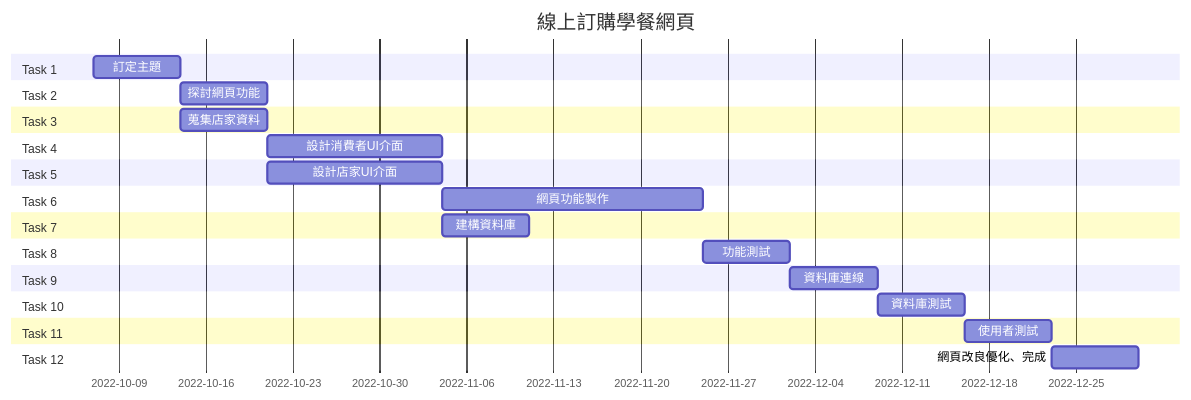
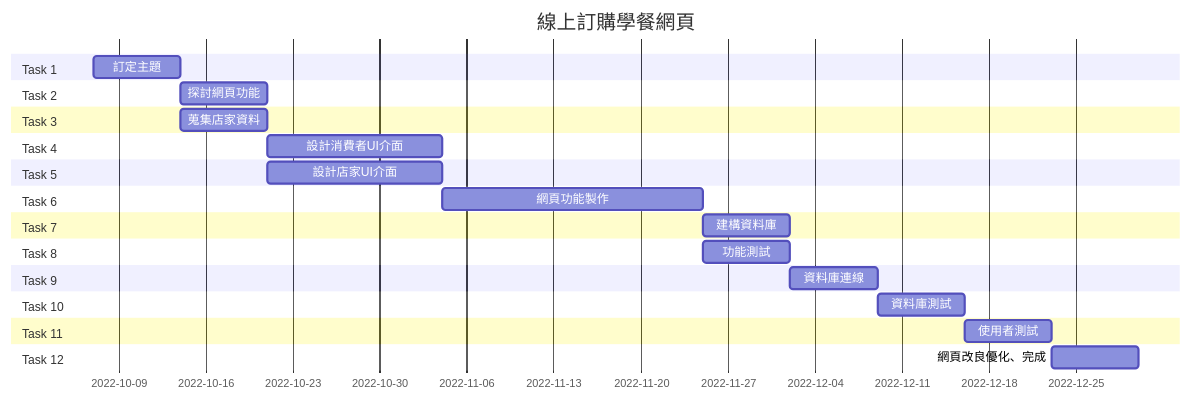
The diagram in hw2_20221010.md (woni1215/System-analysis-team3), drawn with Mermaid before and after one commit.

Commit message:
fix 甘特圖

````diff
--- a/hw2_20221010.md
+++ b/hw2_20221010.md
@@ -11,29 +11,29 @@
 ```mermaid
 gantt
     title 線上訂購學餐網頁
     dateFormat  YYYY-MM-DD
     section Task 1
     訂定主題 :t1 , 2022-10-07 , 1w
     section Task 2
     探討網頁功能 :t2 , after t1 , 1w
     section Task 3
     蒐集店家資料 :t3 , after t1 , 1w
     section Task 4
     設計消費者UI介面 :t4 , after t2 , 2w
     section Task 5
     設計店家UI介面 :t5 , after t2 , 2w
     section Task 6
     網頁功能製作 :t6 , after t4 , 3w
     section Task 7
-    建構資料庫 :t7 , after t4 , 1w
+    建構資料庫 :t7 , after t6 , 1w
     section Task 8
     功能測試 :t8 , after t6 , 1w
     section Task 9
     資料庫連線 :t9 , after t8 , 1w
     section Task 10
     資料庫測試 :t10 , after t9 , 1w
     section Task 11
     使用者測試 :t11 , after t10 , 1w
     section Task 12
     網頁改良優化、完成 :t12 , after t11 , 1w
 ```
````
